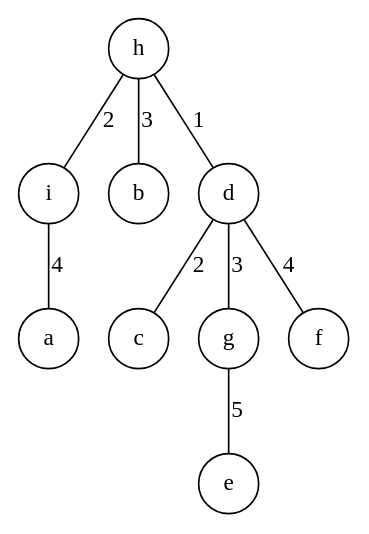
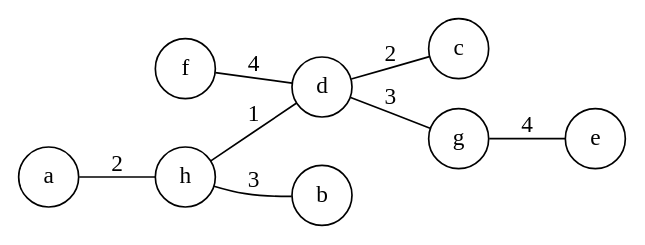
Before and after one commit to ralismark/ralismark.github.io: the third of 6 diagrams in _posts/2019-05-28-edge-trees.md, drawn with Graphviz. The commit also changed other lines of this file, not shown here.

````diff
--- a/_posts/2019-05-28-edge-trees.md
+++ b/_posts/2019-05-28-edge-trees.md
@@ -128,13 +99,13 @@
 ```dot
 graph {
 	node [shape=circle];
-	i -- a [label=4];
+	rankdir="LR";
 	h -- b [label=3];
 	d -- c [label=2];
-	g -- e [label=5];
-	d -- f [label=4];
+	g -- e [label=4];
+	f -- d [label=4];
 	d -- g [label=3];
 	h -- d [label=1];
-	h -- i [label=2];
+	a -- h [label=2];
 }
 ```
````
